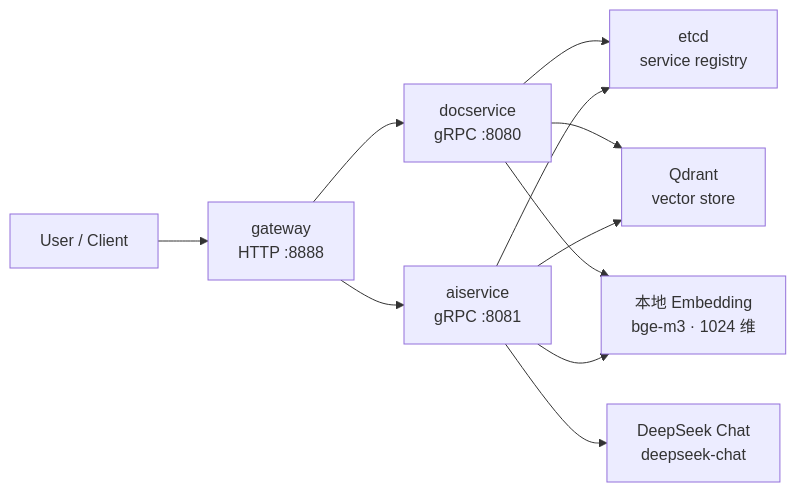
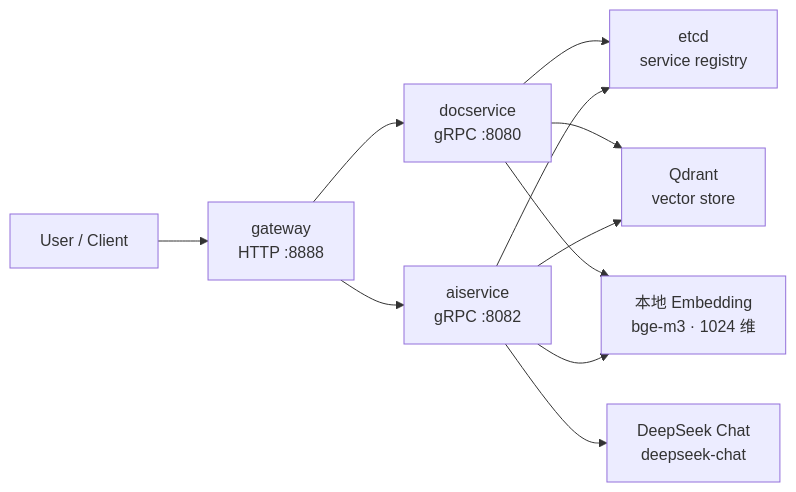
The diagram in README.md (suiran17/go-zero-rag), drawn with Mermaid before and after one commit. The commit also changed other lines of this file and 6 other files, not shown here.

First line of the commit message:
test: verify local end-to-end RAG flow; fix aiservice port conflict

````diff
--- a/README.md
+++ b/README.md
@@ -16,13 +16,13 @@
 ```mermaid
 flowchart LR
     U[User / Client] --> G[gateway<br/>HTTP :8888]
     G --> D[docservice<br/>gRPC :8080]
-    G --> A[aiservice<br/>gRPC :8081]
+    G --> A[aiservice<br/>gRPC :8082]
     D --> E[etcd<br/>service registry]
     A --> E
     D --> Q[Qdrant<br/>vector store]
     A --> Q
     D --> EM[本地 Embedding<br/>bge-m3 · 1024 维]
     A --> EM
     A --> LLM[DeepSeek Chat<br/>deepseek-chat]
 ```
````
